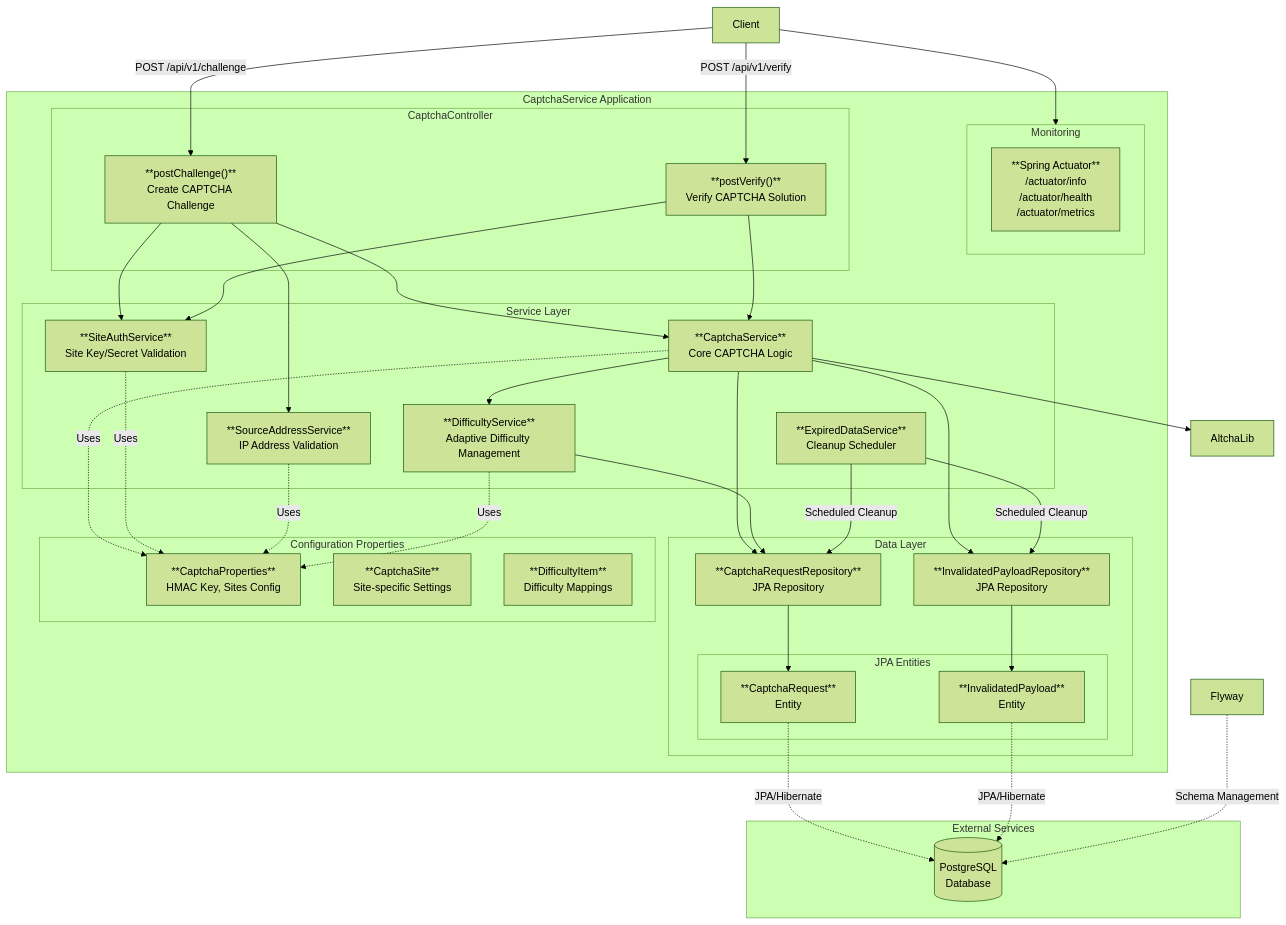
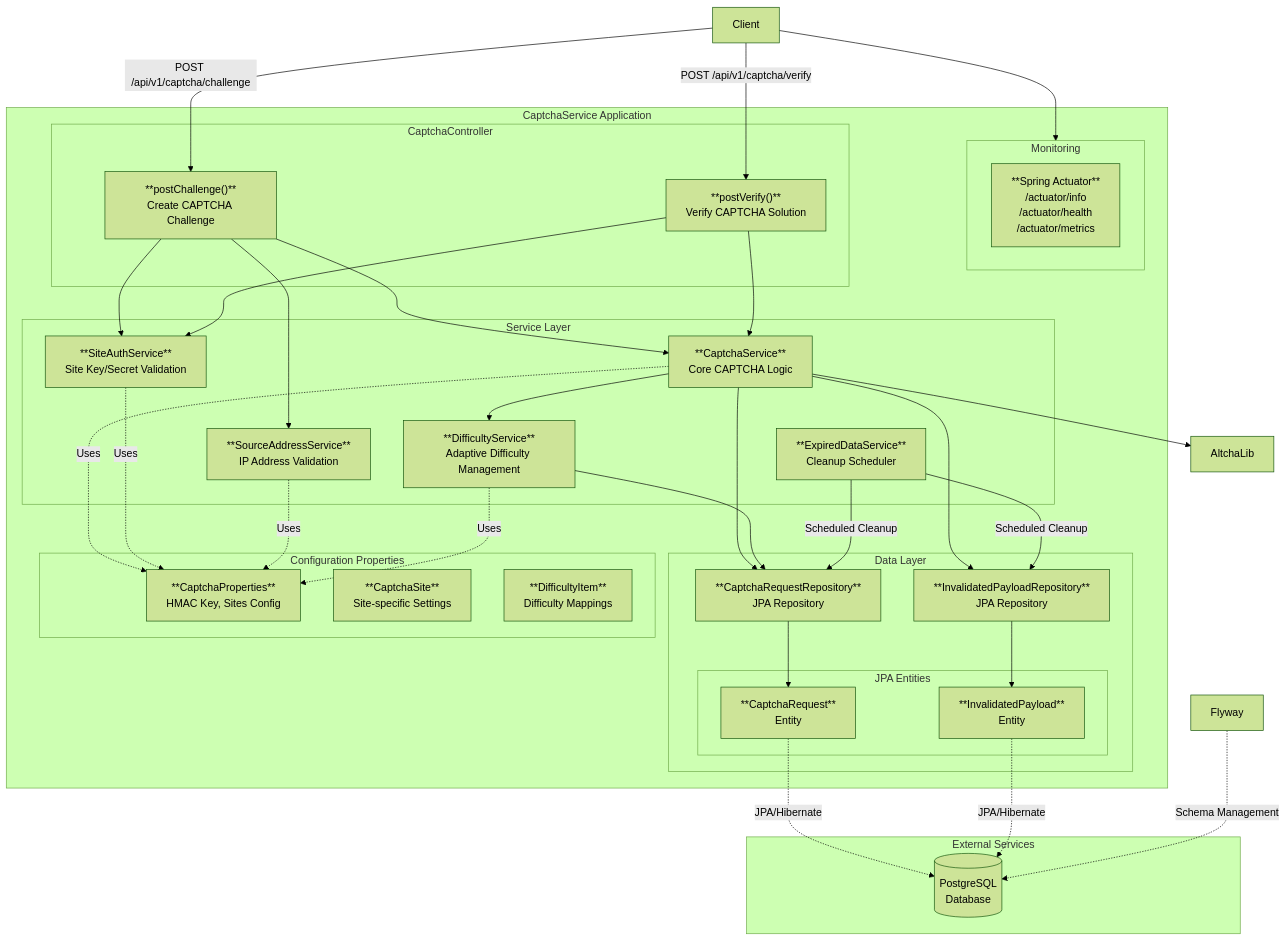
The diagram in docs/en/overview/architecture.md (it-at-m/captchaservice), drawn with Mermaid (forest theme) before and after one commit. The commit also changed 10 other files, not shown here.

```diff
--- a/docs/en/overview/architecture.md
+++ b/docs/en/overview/architecture.md
@@ -57,8 +57,8 @@
     end
 
     %% Request Flow
-    Client -->|POST /api/v1/challenge| ChallengeEndpoint
-    Client -->|POST /api/v1/verify| VerifyEndpoint
+    Client -->|POST /api/v1/captcha/challenge| ChallengeEndpoint
+    Client -->|POST /api/v1/captcha/verify| VerifyEndpoint
     Client --> Monitoring
 
     %% Controller to Services
```
